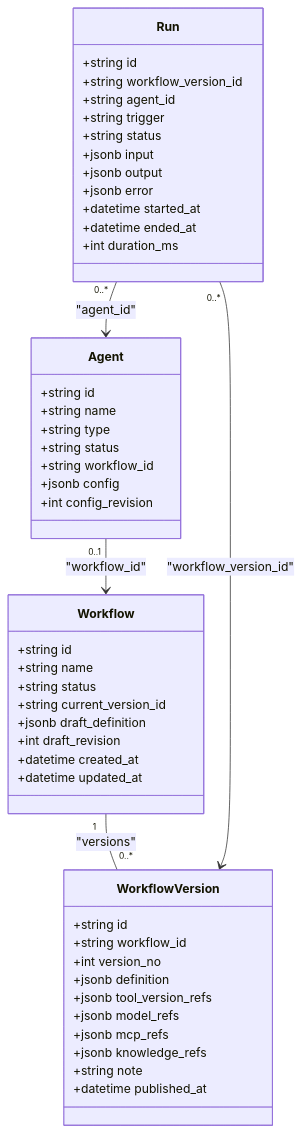
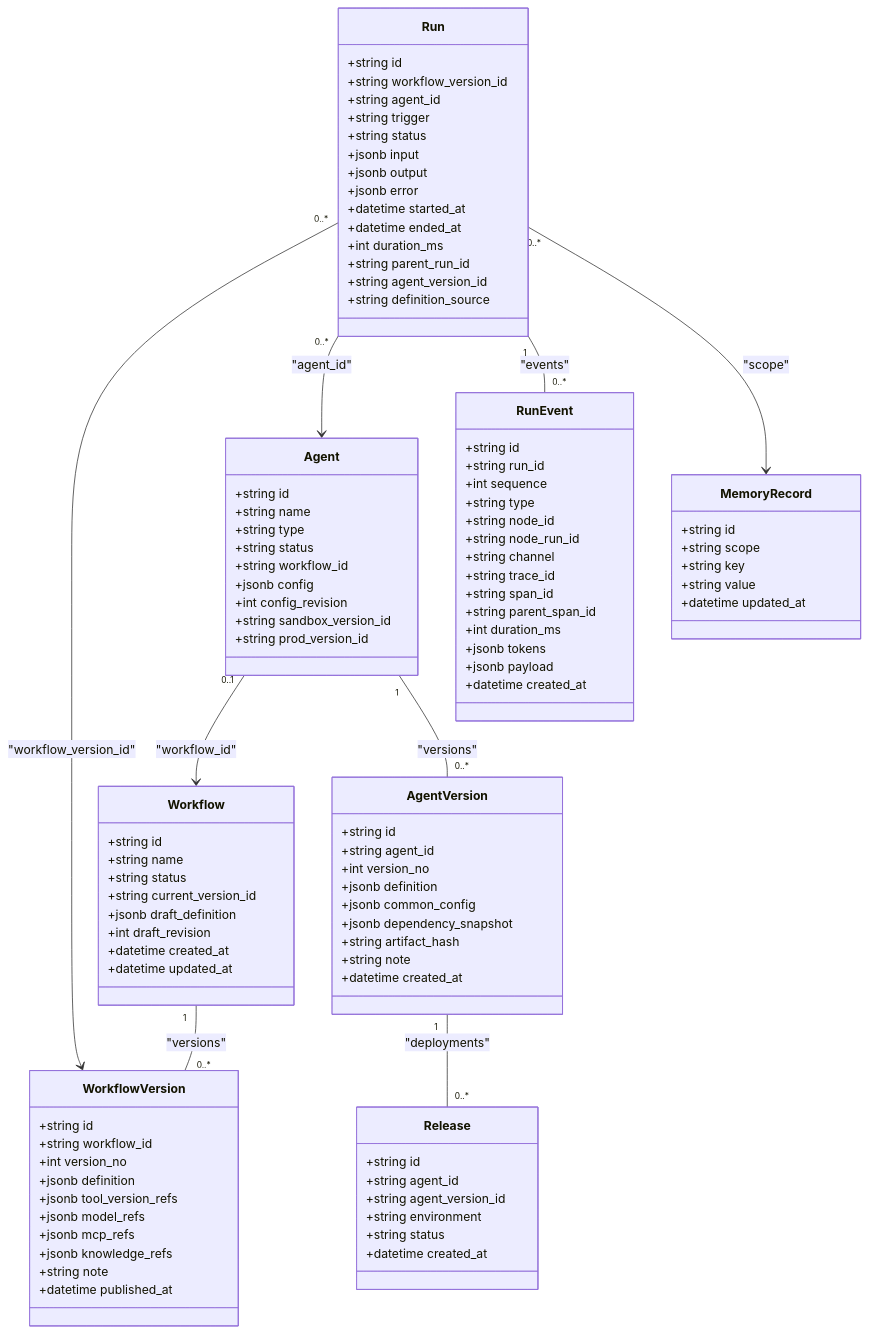
One commit to huiliuxu780/MoreThanCorn changed the second of 3 diagrams in .qoder/repowiki/zh/content/Agent 与工作流域.md. Above: the diagram before and after it, drawn with Mermaid. The commit also changed other lines of this file and 136 other files, not shown here.

````diff
--- a/.qoder/repowiki/zh/content/Agent 与工作流域.md
+++ b/.qoder/repowiki/zh/content/Agent 与工作流域.md
@@ -130,6 +167,27 @@
 +string workflow_id
 +jsonb config
 +int config_revision
++string sandbox_version_id
++string prod_version_id
+}
+class AgentVersion {
++string id
++string agent_id
++int version_no
++jsonb definition
++jsonb common_config
++jsonb dependency_snapshot
++string artifact_hash
++string note
++datetime created_at
+}
+class Release {
++string id
++string agent_id
++string agent_version_id
++string environment
++string status
++datetime created_at
 }
 class Run {
 +string id
@@ -143,9 +201,39 @@
 +datetime started_at
 +datetime ended_at
 +int duration_ms
++string parent_run_id
++string agent_version_id
++string definition_source
+}
+class RunEvent {
++string id
++string run_id
++int sequence
++string type
++string node_id
++string node_run_id
++string channel
++string trace_id
++string span_id
++string parent_span_id
++int duration_ms
++jsonb tokens
++jsonb payload
++datetime created_at
+}
+class MemoryRecord {
++string id
++string scope
++string key
++string value
++datetime updated_at
 }
 Workflow "1" -- "0..*" WorkflowVersion : "versions"
 Agent "0..1" --> Workflow : "workflow_id"
+Agent "1" -- "0..*" AgentVersion : "versions"
+AgentVersion "1" -- "0..*" Release : "deployments"
 Run "0..*" --> WorkflowVersion : "workflow_version_id"
 Run "0..*" --> Agent : "agent_id"
+Run "1" -- "0..*" RunEvent : "events"
+Run "0..*" --> MemoryRecord : "scope"
 ```
````
